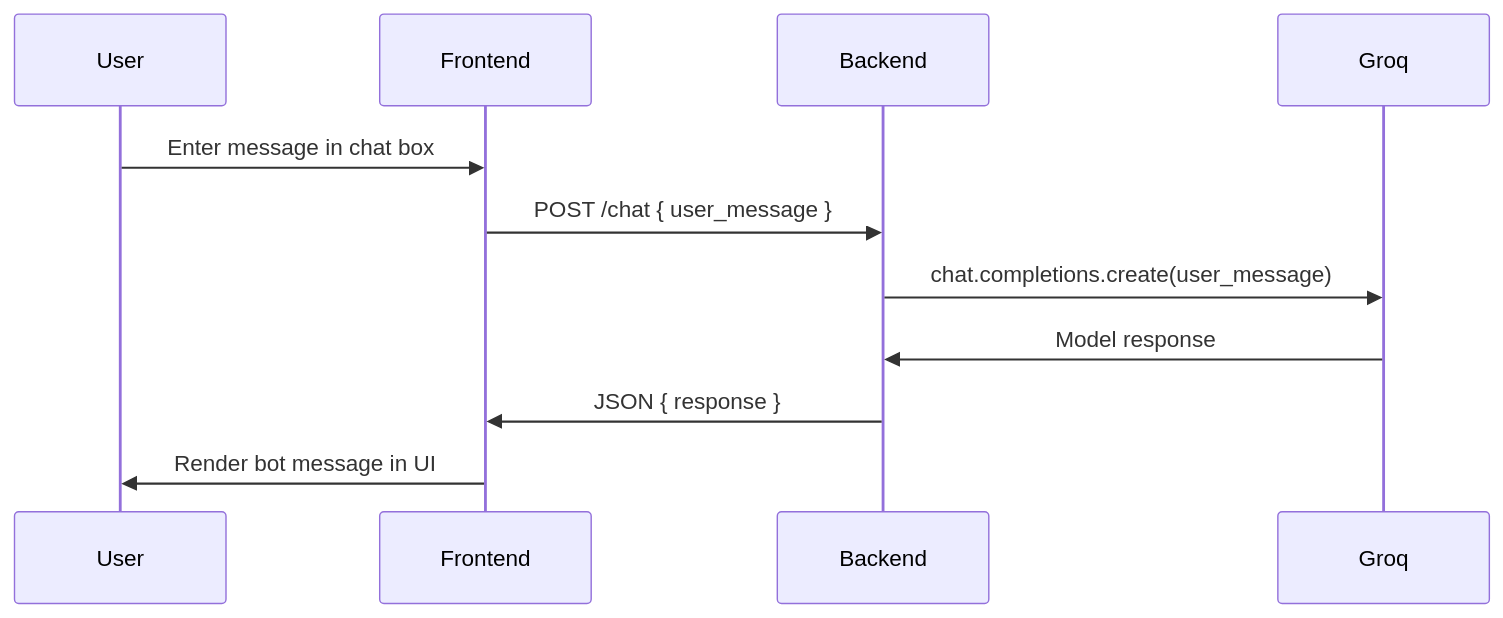
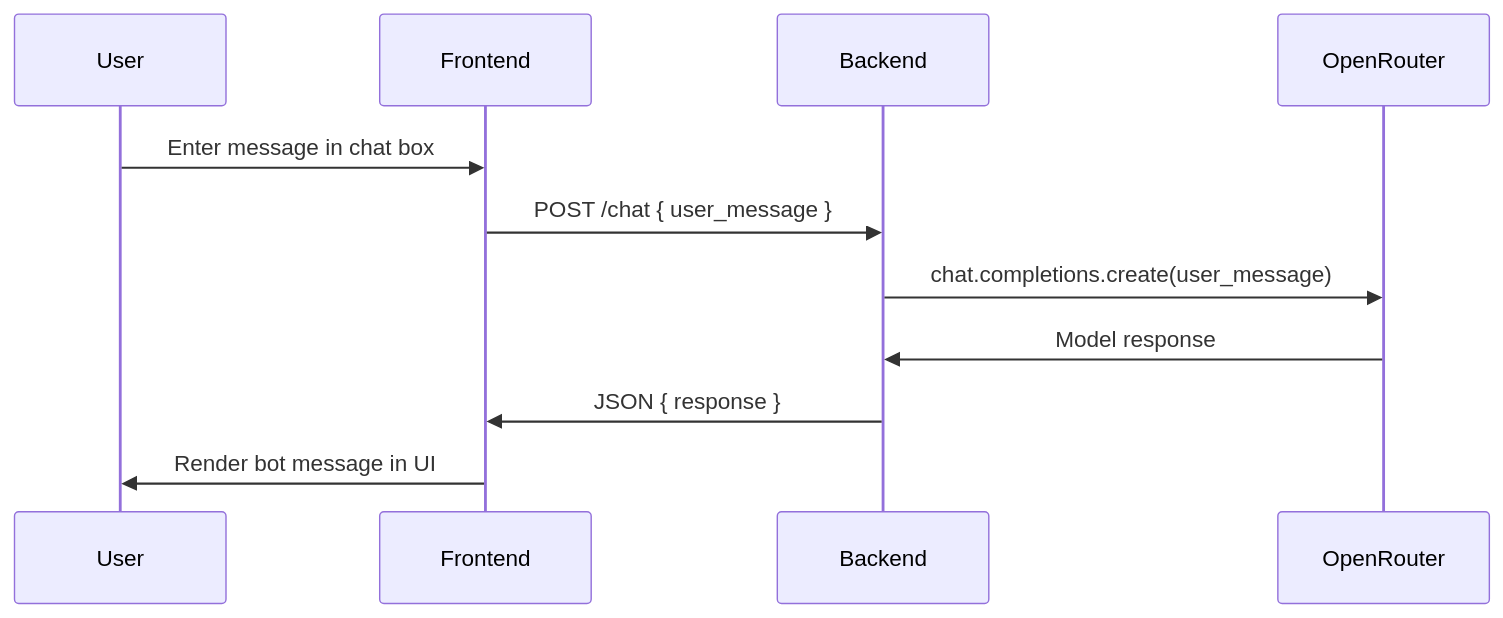
The diagram in README.md (YB0y/ChatBot), drawn with Mermaid before and after one commit. The commit also changed other lines of this file and 3 other files, not shown here.

Commit message:
convert Groq to OpenRouter

````diff
--- a/README.md
+++ b/README.md
@@ -156,9 +157,9 @@
 ```mermaid
 sequenceDiagram
     User->>Frontend: Enter message in chat box
     Frontend->>Backend: POST /chat { user_message }
-    Backend->>Groq: chat.completions.create(user_message)
-    Groq->>Backend: Model response
+    Backend->>OpenRouter: chat.completions.create(user_message)
+    OpenRouter->>Backend: Model response
     Backend->>Frontend: JSON { response }
     Frontend->>User: Render bot message in UI
 ```
````
